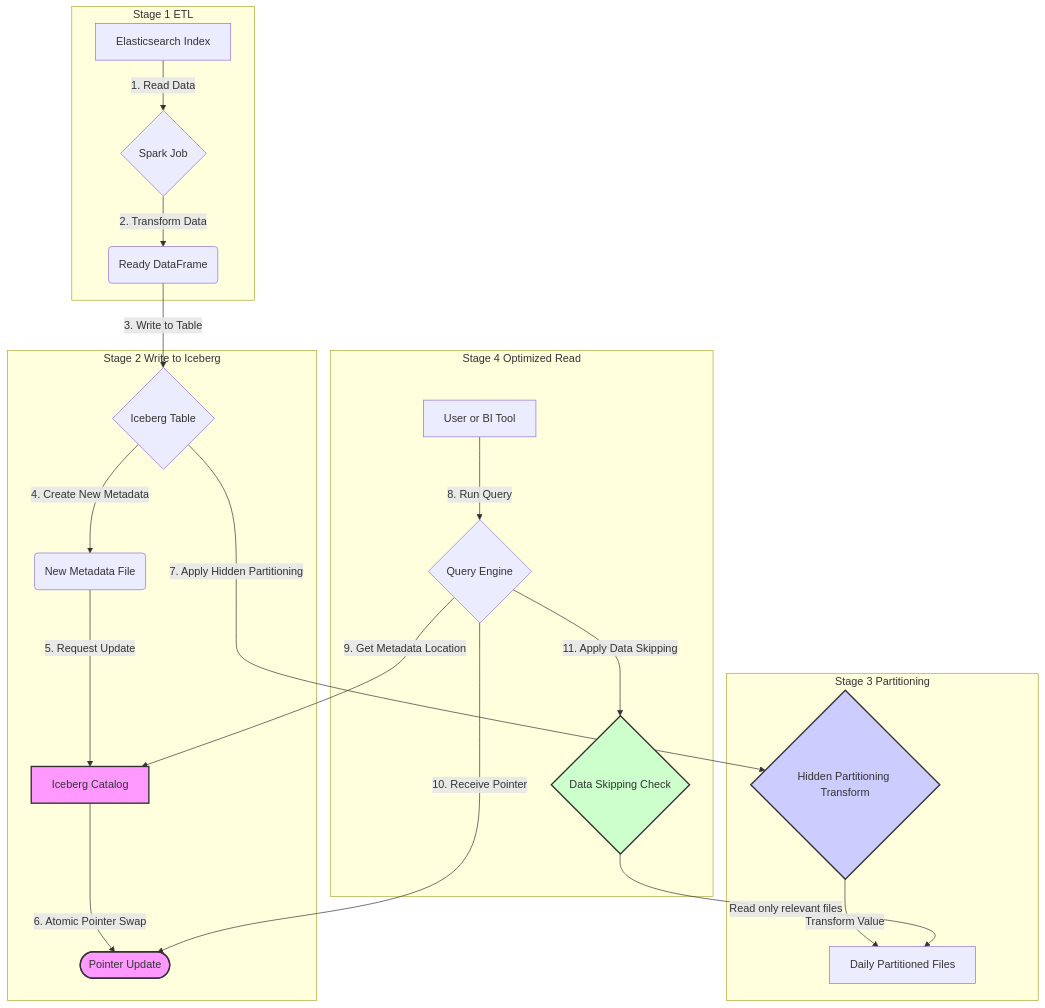
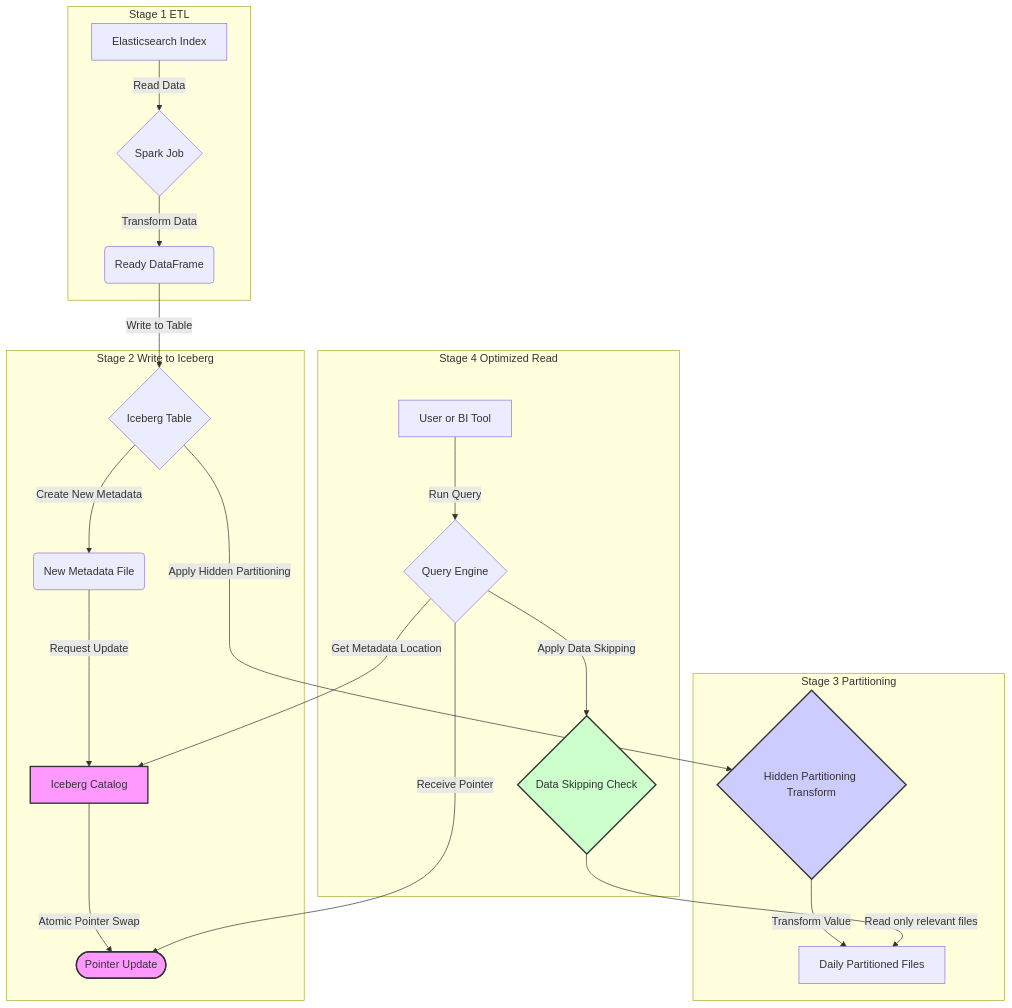
One commit to jonsonpaskal123/iceberg changed the sixth of 6 diagrams in iceberg_explanation_fa.md. Above: the diagram before and after it, drawn with Mermaid.

Commit message:
Fix(mermaid): remove numbers from labels in scenario 4 diagram

````diff
--- a/iceberg_explanation_fa.md
+++ b/iceberg_explanation_fa.md
@@ -174,45 +174,45 @@
 ```mermaid
 graph TD
     subgraph "Stage 1 ETL"
         A["Elasticsearch Index"]
         B{Spark Job}
         C(Ready DataFrame)
     end
 
     subgraph "Stage 2 Write to Iceberg"
         D{Iceberg Table}
         E(New Metadata File)
         F[Iceberg Catalog]
         G(["Pointer Update"])
     end
 
     subgraph "Stage 3 Partitioning"
         H{"Hidden Partitioning Transform"}
         I[Daily Partitioned Files]
     end
 
     subgraph "Stage 4 Optimized Read"
         J[User or BI Tool]
         K{Query Engine}
         L{"Data Skipping Check"}
     end
 
-    A -- "1. Read Data" --> B
-    B -- "2. Transform Data" --> C
-    C -- "3. Write to Table" --> D
-    D -- "4. Create New Metadata" --> E
-    D -- "7. Apply Hidden Partitioning" --> H
-    E -- "5. Request Update" --> F
-    F -- "6. Atomic Pointer Swap" --> G
+    A -- "Read Data" --> B
+    B -- "Transform Data" --> C
+    C -- "Write to Table" --> D
+    D -- "Create New Metadata" --> E
+    D -- "Apply Hidden Partitioning" --> H
+    E -- "Request Update" --> F
+    F -- "Atomic Pointer Swap" --> G
     H -- "Transform Value" --> I
-    J -- "8. Run Query" --> K
-    K -- "9. Get Metadata Location" --> F
-    K -- "10. Receive Pointer" --> G
-    K -- "11. Apply Data Skipping" --> L
+    J -- "Run Query" --> K
+    K -- "Get Metadata Location" --> F
+    K -- "Receive Pointer" --> G
+    K -- "Apply Data Skipping" --> L
     L -- "Read only relevant files" --> I
 
     style F fill:#f9f,stroke:#333,stroke-width:2px
     style G fill:#f9f,stroke:#333,stroke-width:2px
     style H fill:#ccf,stroke:#333,stroke-width:2px
     style L fill:#cfc,stroke:#333,stroke-width:2px
 ```
````
